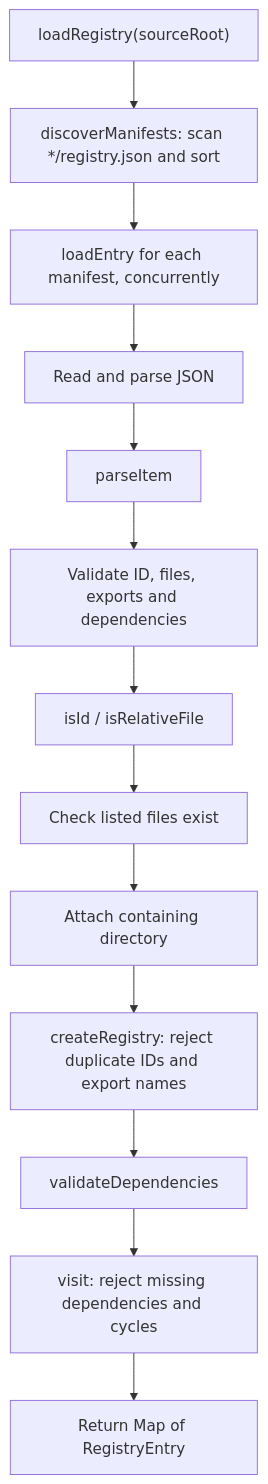
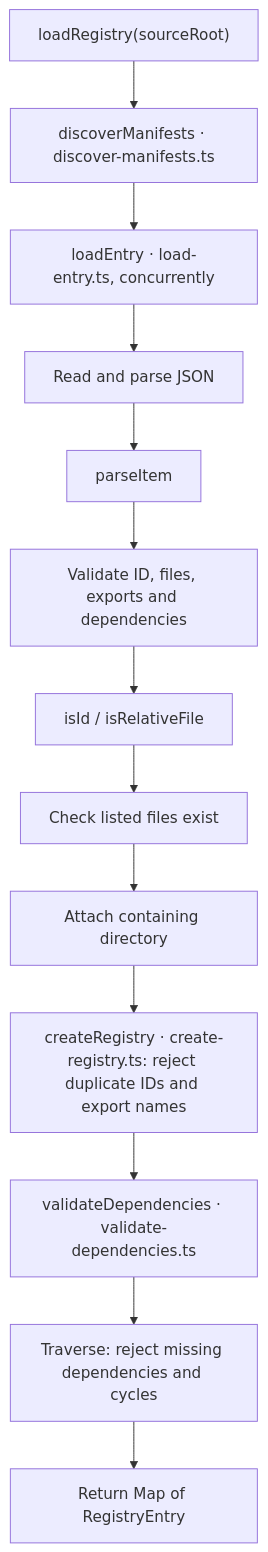
The diagram in cli/registry/load/README.md (feuersteiner/bref-ui), drawn with Mermaid before and after one commit. The commit also changed other lines of this file and 5 other files, not shown here.

````diff
--- a/cli/registry/load/README.md
+++ b/cli/registry/load/README.md
@@ -8,15 +8,15 @@
 ```mermaid
 flowchart TD
-    load["loadRegistry(sourceRoot)"] --> discover["discoverManifests: scan */registry.json and sort"]
-    discover --> entry["loadEntry for each manifest, concurrently"]
+    load["loadRegistry(sourceRoot)"] --> discover["discoverManifests · discover-manifests.ts"]
+    discover --> entry["loadEntry · load-entry.ts, concurrently"]
     entry --> json["Read and parse JSON"]
     json --> parse["parseItem"]
     parse --> fields["Validate ID, files, exports and dependencies"]
     fields --> paths["isId / isRelativeFile"]
     paths --> exists["Check listed files exist"]
     exists --> directory["Attach containing directory"]
-    directory --> registry["createRegistry: reject duplicate IDs and export names"]
-    registry --> validate["validateDependencies"]
-    validate --> visit["visit: reject missing dependencies and cycles"]
+    directory --> registry["createRegistry · create-registry.ts: reject duplicate IDs and export names"]
+    registry --> validate["validateDependencies · validate-dependencies.ts"]
+    validate --> visit["Traverse: reject missing dependencies and cycles"]
     visit --> result["Return Map of RegistryEntry"]
 ```
````
